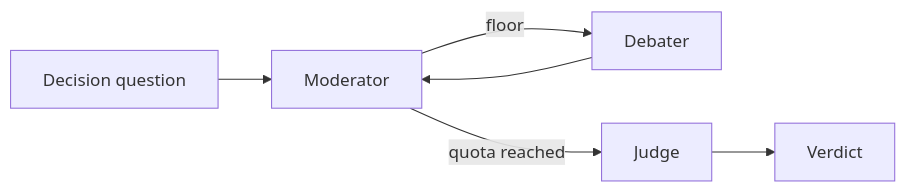
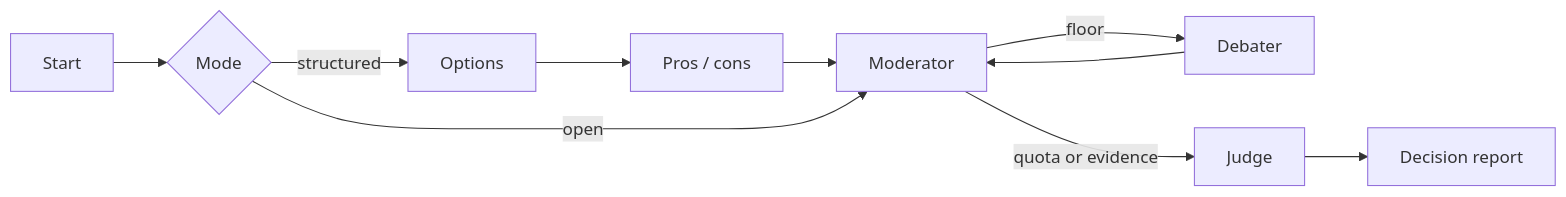
The diagram in README.md (pypi-ahmad/multi-agent-debate-decision-system), drawn with Mermaid before and after one commit. The commit also changed other lines of this file, not shown here.

````diff
--- a/README.md
+++ b/README.md
@@ -33,8 +64,12 @@
 ```mermaid
 flowchart LR
-  Q[Decision question] --> M[Moderator]
-  M -->|floor| D[Debater]
-  D --> M
-  M -->|quota reached| J[Judge]
-  J --> V[Verdict]
+  Start[Start] --> Mode{Mode}
+  Mode -->|structured| Opt[Options]
+  Opt --> PC[Pros / cons]
+  PC --> Mod[Moderator]
+  Mode -->|open| Mod
+  Mod -->|floor| Deb[Debater]
+  Deb --> Mod
+  Mod -->|quota or evidence| Judge
+  Judge --> Report[Decision report]
 ```
````
